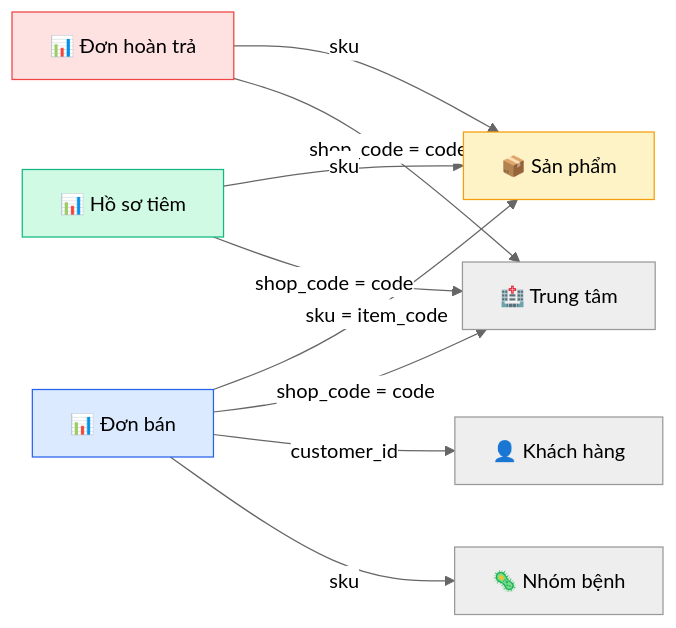
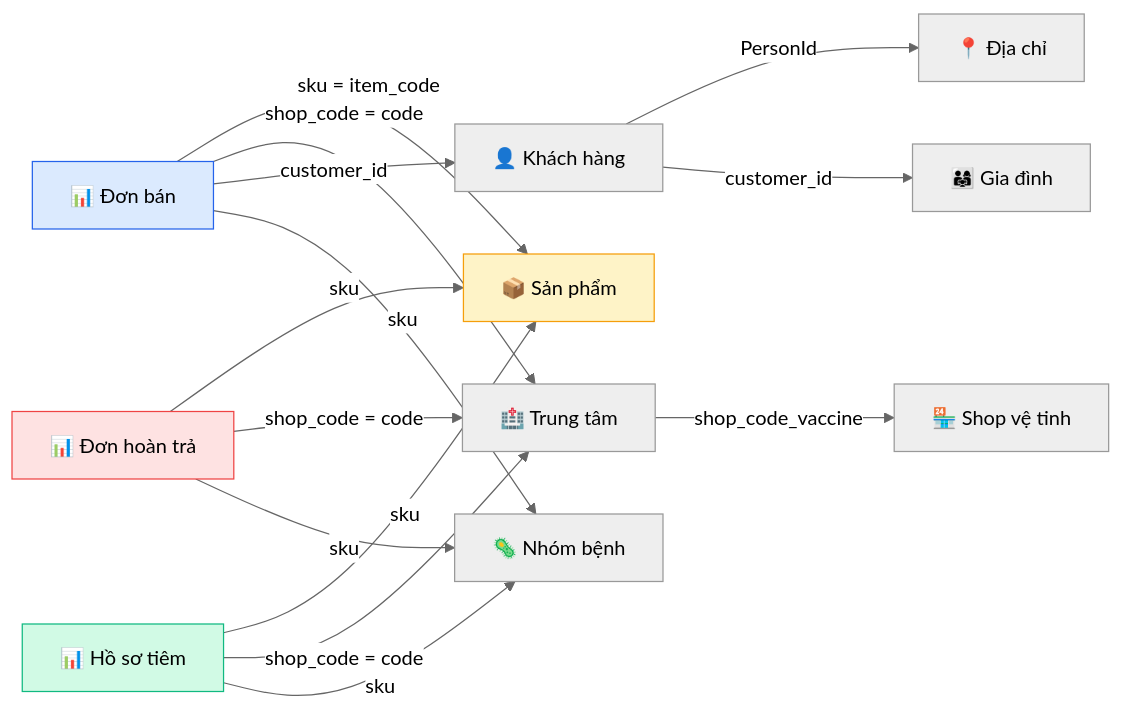
Before and after one commit to quanganpham/datachat: the sixth of 10 diagrams in README.md, drawn with Mermaid (neutral theme). The commit also changed other lines of this file, not shown here.

````diff
--- a/README.md
+++ b/README.md
@@ -163,16 +288,24 @@
 ```mermaid
 flowchart LR
     SALES["📊 Đơn bán"] -->|sku = item_code| PRODUCT["📦 Sản phẩm"]
     SALES -->|shop_code = code| SHOP["🏥 Trung tâm"]
     SALES -->|customer_id| PERSON["👤 Khách hàng"]
     SALES -->|sku| DISEASE["🦠 Nhóm bệnh"]
+
     RETURNED["📊 Đơn hoàn trả"] -->|sku| PRODUCT
     RETURNED -->|shop_code = code| SHOP
+    RETURNED -->|sku| DISEASE
+
     RECORD["📊 Hồ sơ tiêm"] -->|sku| PRODUCT
     RECORD -->|shop_code = code| SHOP
+    RECORD -->|sku| DISEASE
+
+    PERSON -->|PersonId| ADDRESS["📍 Địa chỉ"]
+    PERSON -->|customer_id| FAMILY["👨‍👩‍👧 Gia đình"]
+    SHOP -->|shop_code_vaccine| SATELLITE["🏪 Shop vệ tinh"]
 
     style SALES fill:#DBEAFE,stroke:#2563EB,color:#000
     style RETURNED fill:#FEE2E2,stroke:#EF4444,color:#000
     style RECORD fill:#D1FAE5,stroke:#10B981,color:#000
     style PRODUCT fill:#FEF3C7,stroke:#F59E0B,color:#000
 ```
````
